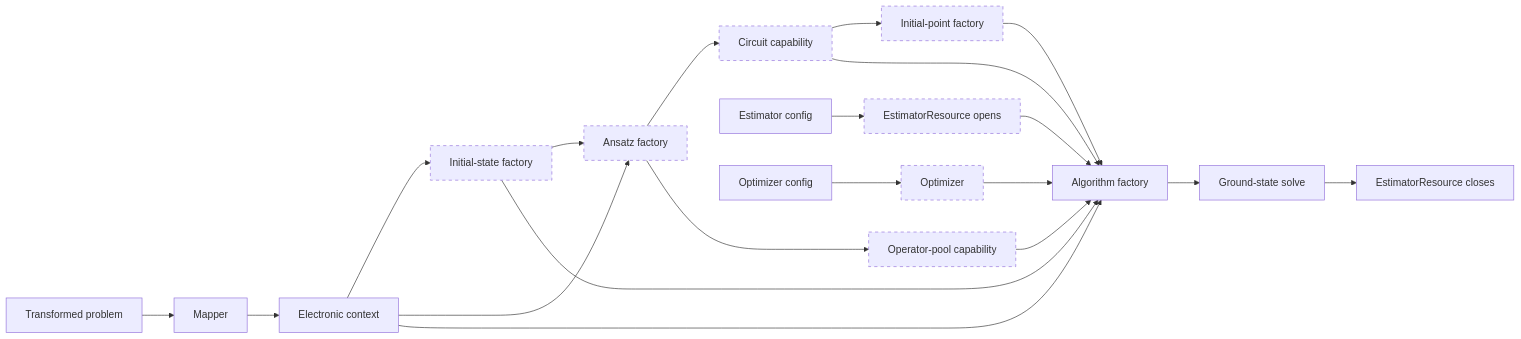
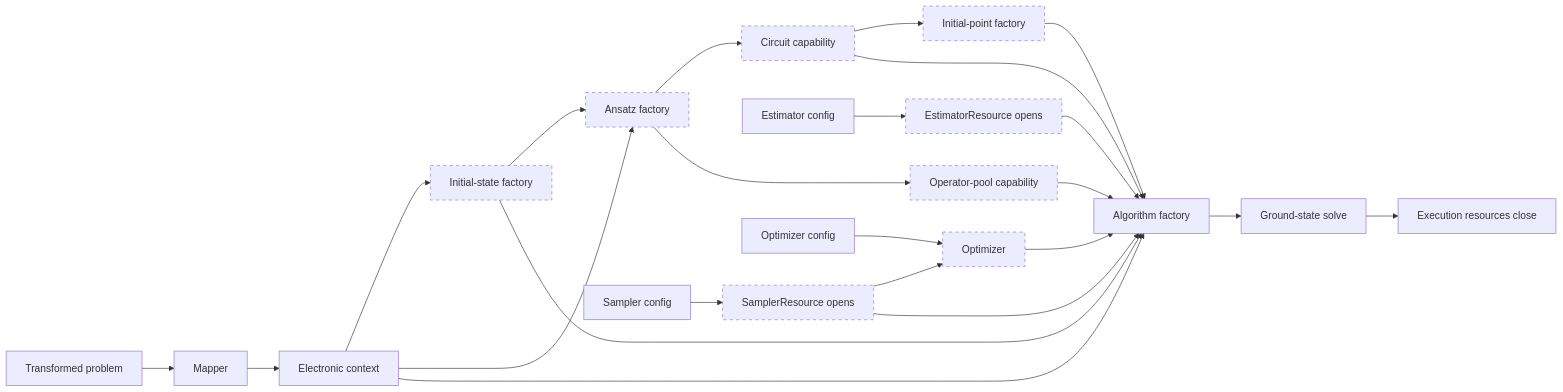
One commit to sterling-group/ChemRefine changed the second of 3 diagrams in docs/engines/qiskit.md. Above: the diagram before and after it, drawn with Mermaid. The commit also changed other lines of this file, not shown here.

````diff
--- a/docs/engines/qiskit.md
+++ b/docs/engines/qiskit.md
@@ -160,27 +167,30 @@
 ```mermaid
 flowchart LR
     P[Transformed problem] --> M[Mapper]
     M --> C[Electronic context]
     C --> IS[Initial-state factory]
     C --> A[Ansatz factory]
     IS --> A
     A --> CIR[Circuit capability]
     A --> POOL[Operator-pool capability]
     CIR --> IP[Initial-point factory]
 
     ECFG[Estimator config] --> ER[EstimatorResource opens]
+    SCFG[Sampler config] --> SR[SamplerResource opens]
     OCFG[Optimizer config] --> O[Optimizer]
+    SR --> O
 
     C --> ALG[Algorithm factory]
     ER --> ALG
+    SR --> ALG
     O --> ALG
     IS --> ALG
     CIR --> ALG
     POOL --> ALG
     IP --> ALG
     ALG --> SOLVE[Ground-state solve]
-    SOLVE --> CLOSE[EstimatorResource closes]
+    SOLVE --> CLOSE[Execution resources close]
 
     classDef optional stroke-dasharray: 5 5;
-    class IS,A,CIR,POOL,IP,ER,O optional;
+    class IS,A,CIR,POOL,IP,ER,SR,O optional;
 ```
````
